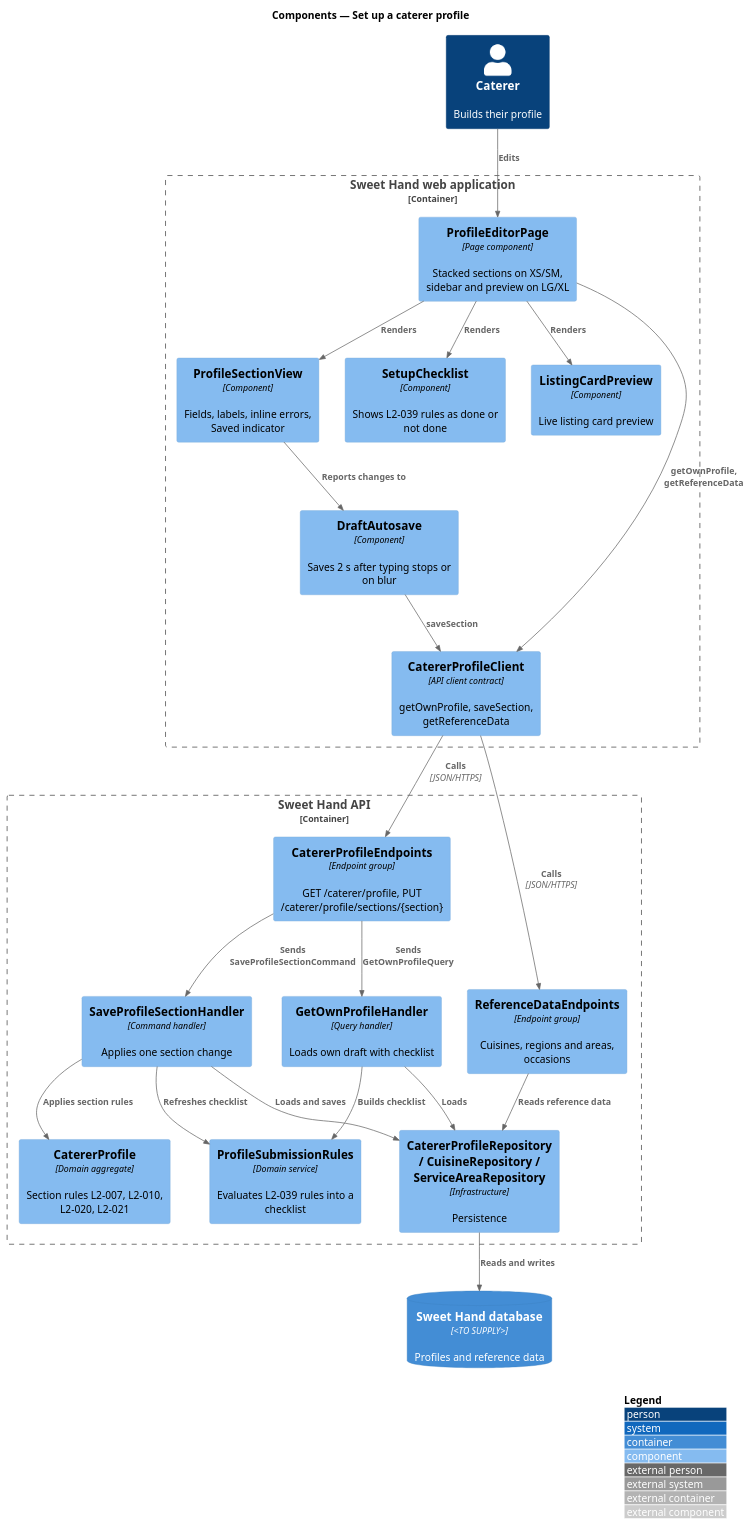
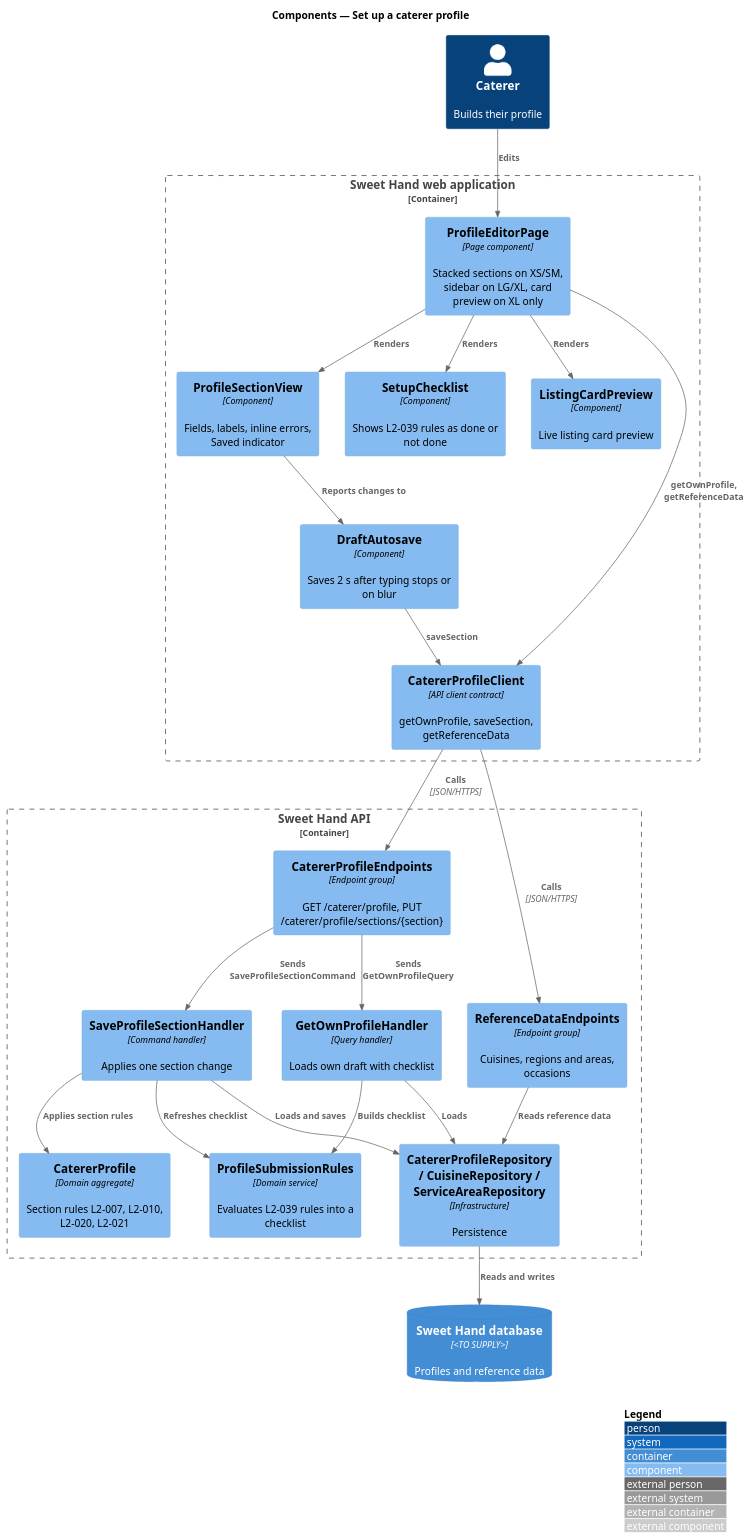
The diagram in docs/detailed-designs/caterer-profiles/set-up-profile/diagrams/c4-component.puml (QuinntyneBrown/sweet-hand), drawn with PlantUML before and after one commit. The commit also changed 58 other files, not shown here.

```diff
--- a/docs/detailed-designs/caterer-profiles/set-up-profile/diagrams/c4-component.puml
+++ b/docs/detailed-designs/caterer-profiles/set-up-profile/diagrams/c4-component.puml
@@ -1,44 +1,44 @@
 @startuml
 !include <C4/C4_Component>
 LAYOUT_WITH_LEGEND()
 title Components — Set up a caterer profile
 
 Person(caterer, "Caterer", "Builds their profile")
 Container_Boundary(web, "Sweet Hand web application") {
-  Component(page, "ProfileEditorPage", "Page component", "Stacked sections on XS/SM, sidebar and preview on LG/XL")
+  Component(page, "ProfileEditorPage", "Page component", "Stacked sections on XS/SM, sidebar on LG/XL, card preview on XL only")
   Component(section, "ProfileSectionView", "Component", "Fields, labels, inline errors, Saved indicator")
   Component(autosave, "DraftAutosave", "Component", "Saves 2 s after typing stops or on blur")
   Component(checklist, "SetupChecklist", "Component", "Shows L2-039 rules as done or not done")
   Component(preview, "ListingCardPreview", "Component", "Live listing card preview")
   Component(client, "CatererProfileClient", "API client contract", "getOwnProfile, saveSection, getReferenceData")
 }
 Container_Boundary(api, "Sweet Hand API") {
   Component(endpoints, "CatererProfileEndpoints", "Endpoint group", "GET /caterer/profile, PUT /caterer/profile/sections/{section}")
   Component(refEndpoints, "ReferenceDataEndpoints", "Endpoint group", "Cuisines, regions and areas, occasions")
   Component(getHandler, "GetOwnProfileHandler", "Query handler", "Loads own draft with checklist")
   Component(saveHandler, "SaveProfileSectionHandler", "Command handler", "Applies one section change")
   Component(aggregate, "CatererProfile", "Domain aggregate", "Section rules L2-007, L2-010, L2-020, L2-021")
   Component(rules, "ProfileSubmissionRules", "Domain service", "Evaluates L2-039 rules into a checklist")
   Component(repos, "CatererProfileRepository / CuisineRepository / ServiceAreaRepository", "Infrastructure", "Persistence")
 }
 ContainerDb(db, "Sweet Hand database", "<TO SUPPLY>", "Profiles and reference data")
 
 Rel(caterer, page, "Edits")
 Rel(page, section, "Renders")
 Rel(section, autosave, "Reports changes to")
 Rel(page, checklist, "Renders")
 Rel(page, preview, "Renders")
 Rel(autosave, client, "saveSection")
 Rel(page, client, "getOwnProfile, getReferenceData")
 Rel(client, endpoints, "Calls", "JSON/HTTPS")
 Rel(client, refEndpoints, "Calls", "JSON/HTTPS")
 Rel(endpoints, getHandler, "Sends GetOwnProfileQuery")
 Rel(endpoints, saveHandler, "Sends SaveProfileSectionCommand")
 Rel(saveHandler, aggregate, "Applies section rules")
 Rel(getHandler, rules, "Builds checklist")
 Rel(saveHandler, rules, "Refreshes checklist")
 Rel(getHandler, repos, "Loads")
 Rel(saveHandler, repos, "Loads and saves")
 Rel(refEndpoints, repos, "Reads reference data")
 Rel(repos, db, "Reads and writes")
 @enduml
```
